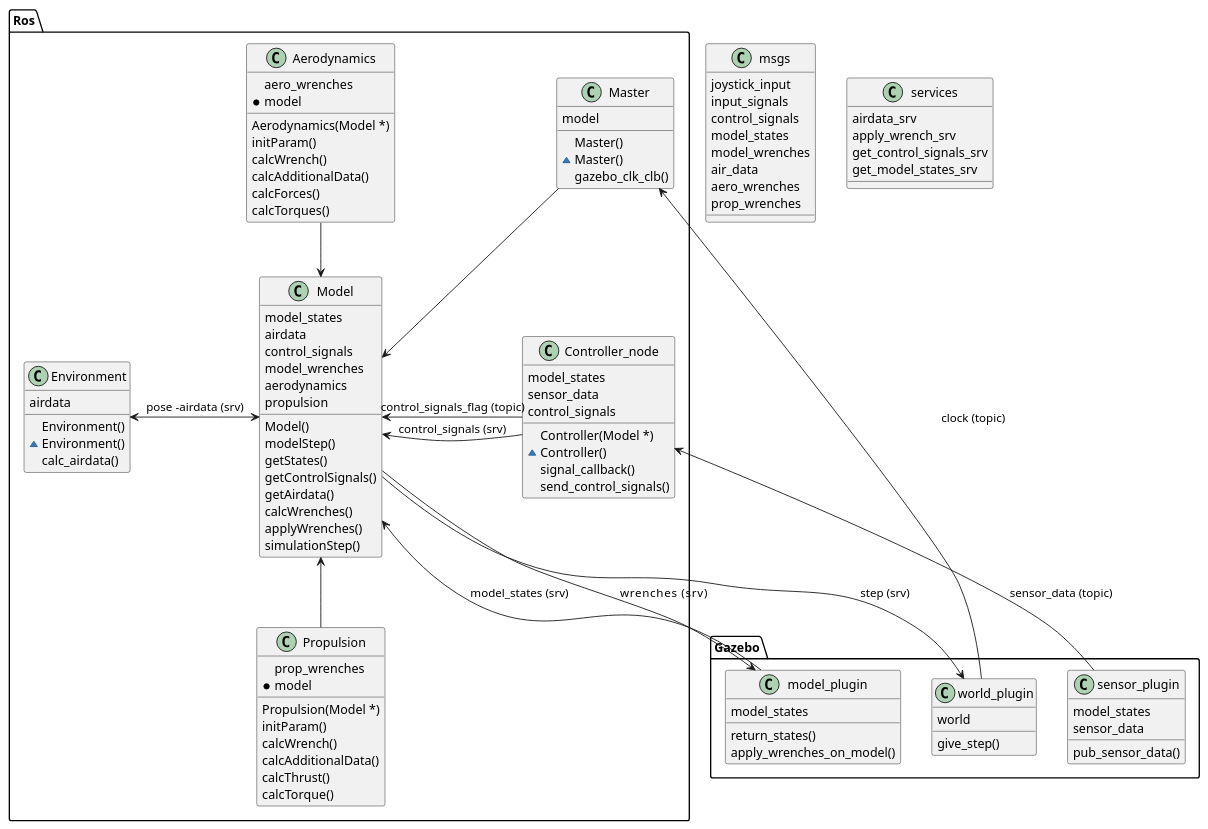
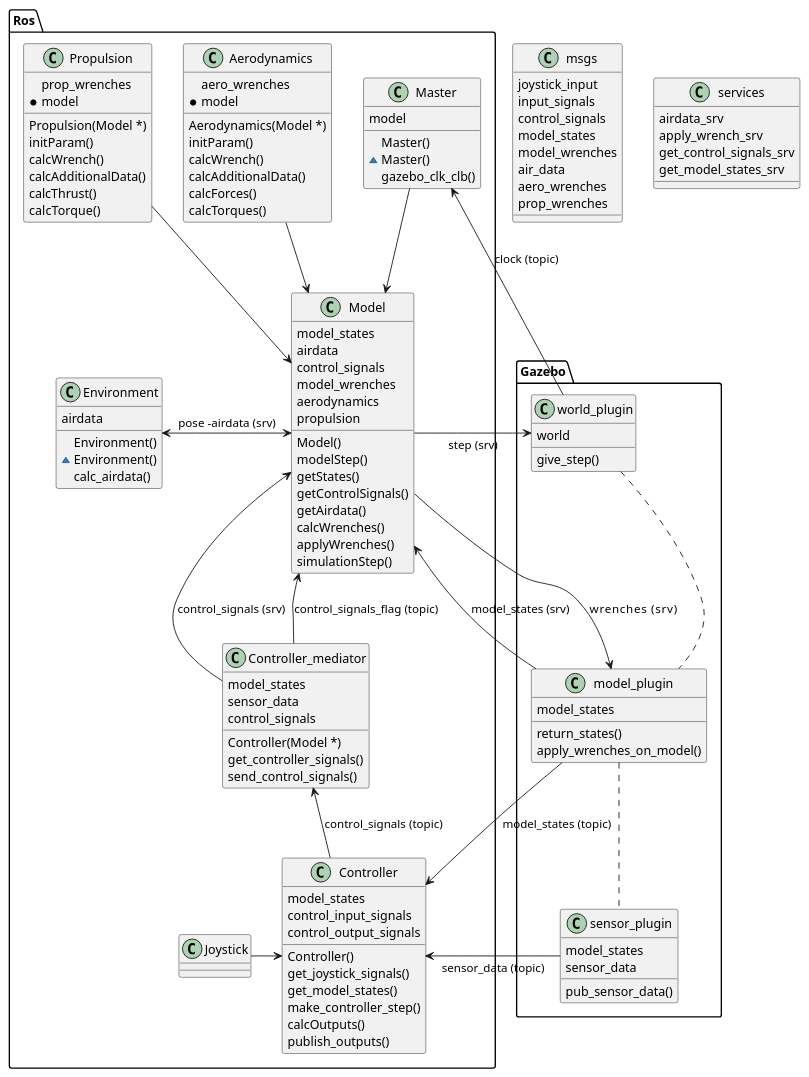
The diagram in uml/last_letter_2_graph.wsd (MiliStefanos/last_letter_2), drawn with PlantUML before and after one commit. The commit also changed 5 other files, not shown here.

```diff
--- a/uml/last_letter_2_graph.wsd
+++ b/uml/last_letter_2_graph.wsd
@@ -1,128 +1,141 @@
 @startuml
 
 class msgs{
         joystick_input
         input_signals
         control_signals
         model_states
         model_wrenches
         air_data
         aero_wrenches
         prop_wrenches
 }
 
 class services{
     airdata_srv
     apply_wrench_srv
     get_control_signals_srv
     get_model_states_srv
 }
     
 namespace Ros{
 
     
     class Master{
         model
         Master()
         ~Master()
         gazebo_clk_clb()
     }
 
     class Model{
         model_states
         airdata
         control_signals
         model_wrenches
         aerodynamics
         propulsion
         Model()
         ' ~Model()
         modelStep()
         getStates()
         getControlSignals()
         getAirdata()
         calcWrenches()
         applyWrenches()
         simulationStep()
     }
 
     class Aerodynamics{
         aero_wrenches
         *model
         Aerodynamics(Model *)
         ' ~Aerodynamics()
         initParam()
         calcWrench()
         calcAdditionalData()
         calcForces()
         calcTorques()
     }
 
     class Propulsion{
         prop_wrenches
         *model
         Propulsion(Model *)
         ' ~Propulsion()
         initParam()
         calcWrench()
         calcAdditionalData()
         calcThrust()
         calcTorque()
     }
 
     class Environment{
         airdata
         Environment()
         ~Environment()
         calc_airdata()
     }
-    class Controller_node{
+    class Controller_mediator{
         model_states
         sensor_data
         control_signals
         Controller(Model *)
-        ~Controller()
-        signal_callback()
+        ' ~Controller()
+        get_controller_signals()
         send_control_signals()
+    }
+
+    class Controller{
+        model_states
+        control_input_signals
+        control_output_signals
+        Controller() 
+        get_joystick_signals()
+        get_model_states()
+        make_controller_step()
+        calcOutputs()
+        publish_outputs()
     }
 }
 
 
 
 namespace Gazebo{
     class world_plugin{
         world
         ' camera_view()
         give_step()
     }
     
     class model_plugin{
         model_states
         return_states()
         apply_wrenches_on_model()
     }
 
     class sensor_plugin{
         model_states
         sensor_data
         pub_sensor_data()
     }
 }
 
 
 Ros.Master --> Ros.Model
-Ros.Controller_node -> Ros.Model : control_signals_flag (topic)
-Ros.Model <-- Ros.Propulsion
+Ros.Controller_mediator --> Ros.Model : control_signals_flag (topic)
+Ros.Propulsion --> Ros.Model
 Ros.Environment <-> Ros.Model : pose -airdata (srv)
 Ros.Aerodynamics --> Ros.Model
-Ros.Model --> Gazebo.model_plugin : wrenches    (srv)
-Ros.Model <-- Gazebo.model_plugin : model_states (srv)
-Ros.Controller_node <-- Gazebo.sensor_plugin :sensor_data (topic)
+Gazebo.model_plugin <-- Ros.Model : wrenches    (srv)
+Ros.Model <- Gazebo.model_plugin : model_states (srv)
+Ros.Controller <- Gazebo.sensor_plugin :sensor_data (topic)
 Ros.Model -> Gazebo.world_plugin : step (srv)
-Ros.Model <-- Ros.Controller_node : control_signals (srv)
-Ros.Master <- Gazebo.world_plugin : clock (topic)
-
-' Gazebo.model_plugin - Gazebo.sensor_plugin
-' Gazebo.world_plugin - Gazebo.model_plugin
-
+Ros.Model <-- Ros.Controller_mediator : control_signals (srv)
+Gazebo.world_plugin --> Ros.Master : clock (topic)
+Ros.Controller_mediator <-- Ros.Controller :control_signals (topic)
+Ros.Controller <- Gazebo.model_plugin :model_states (topic)
+Gazebo.world_plugin .. Gazebo.model_plugin
+Gazebo.model_plugin .. Gazebo.sensor_plugin
+Ros.Joystick -> Ros.Controller
 @enduml
```
